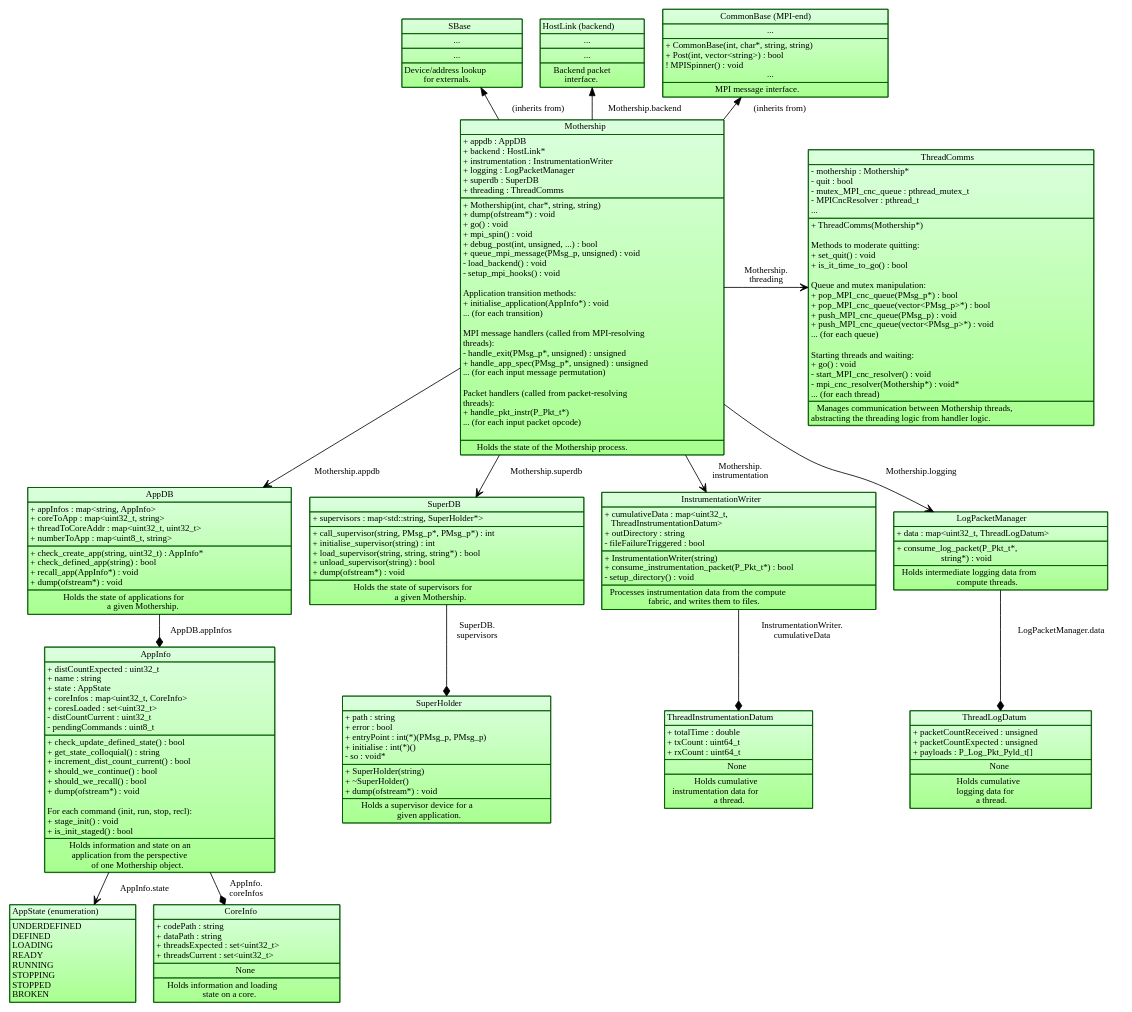
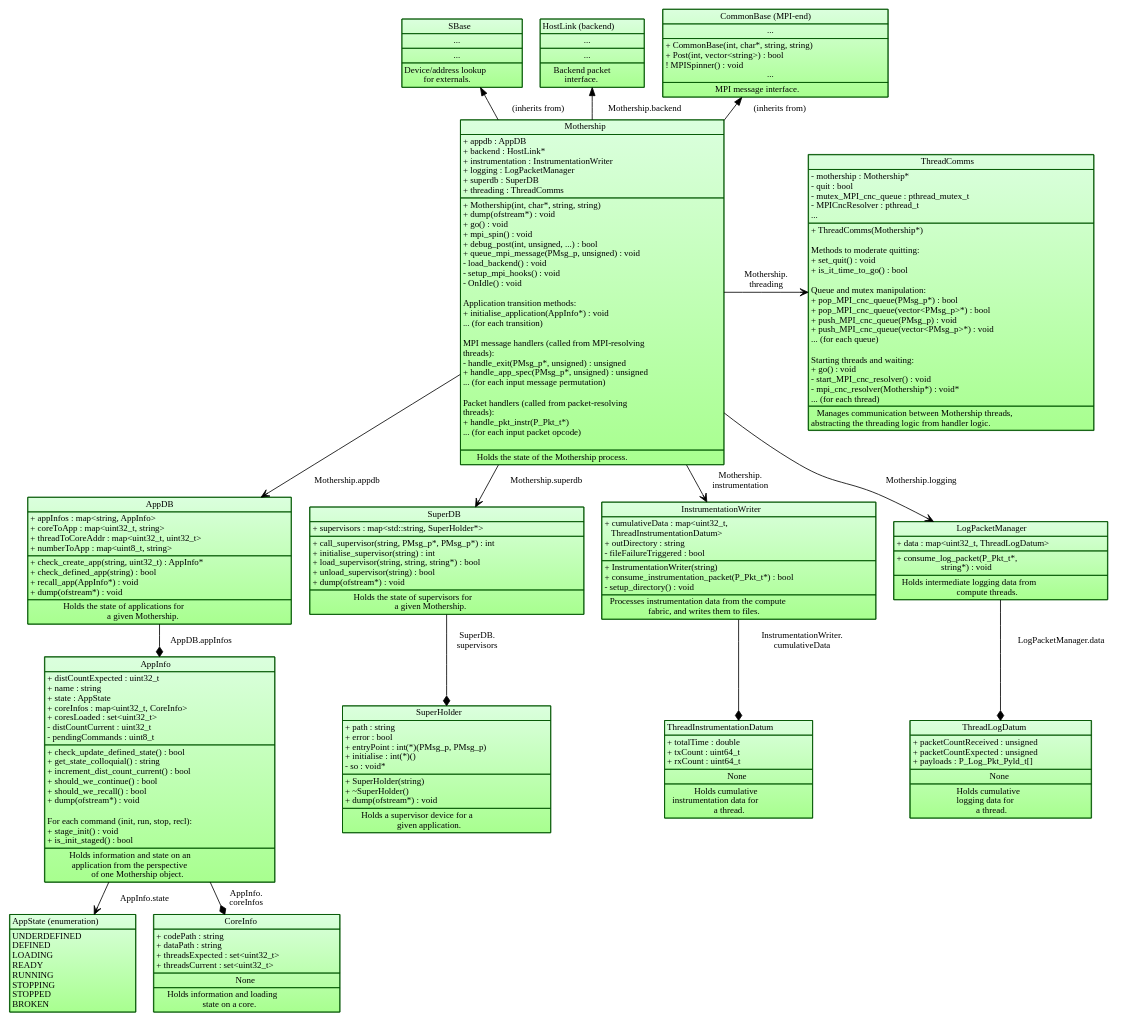
The diagram in images/source/mothership_data_structure.dot (POETSII/orchestrator-documentation), drawn with Graphviz before and after one commit. The commit also changed 1 other file, not shown here.

```diff
--- a/images/source/mothership_data_structure.dot
+++ b/images/source/mothership_data_structure.dot
@@ -221,7 +221,8 @@
 + debug_post(int, unsigned, ...) : bool<BR ALIGN="LEFT"/>
 + queue_mpi_message(PMsg_p, unsigned) : void<BR ALIGN="LEFT"/>
 - load_backend() : void<BR ALIGN="LEFT"/>
-- setup_mpi_hooks() : void<BR ALIGN="LEFT"/><BR ALIGN="LEFT"/>
+- setup_mpi_hooks() : void<BR ALIGN="LEFT"/>
+- OnIdle() : void<BR ALIGN="LEFT"/><BR ALIGN="LEFT"/>
 Application transition methods:<BR ALIGN="LEFT"/>
 + initialise_application(AppInfo*) : void<BR ALIGN="LEFT"/>
 ... (for each transition)<BR ALIGN="LEFT"/><BR ALIGN="LEFT"/>
```
